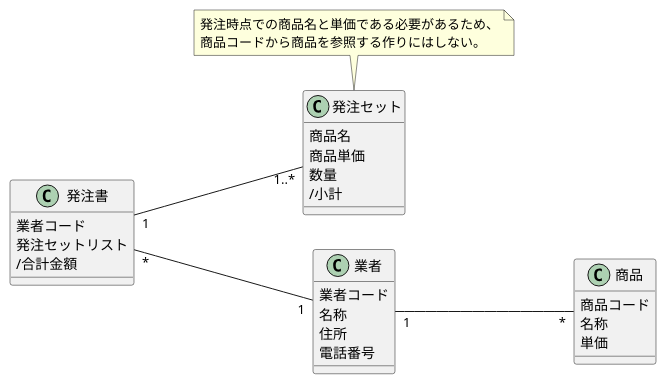
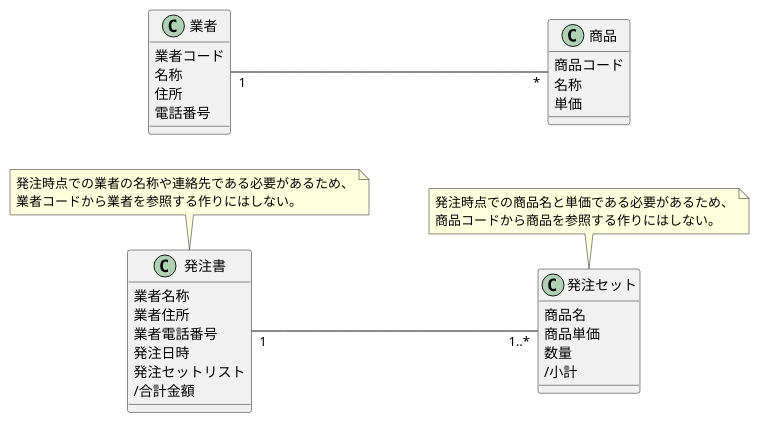
One commit to YanaPIIDXer/PurchaseOrderSystem changed the diagram in docs/Diagrams/Classes.puml. Above: the diagram before and after it, drawn with PlantUML. The commit also changed 1 other file, not shown here.

```diff
--- a/docs/Diagrams/Classes.puml
+++ b/docs/Diagrams/Classes.puml
@@ -1,37 +1,43 @@
 @startuml Classes
 left to right direction
 
 class 業者 {
     業者コード
     名称
     住所
     電話番号
 }
 
 class 商品 {
     商品コード
     名称
     単価
 }
 
 class 発注セット {
     商品名
     商品単価
     数量
     /小計
 }
 note top of 発注セット
     発注時点での商品名と単価である必要があるため、
     商品コードから商品を参照する作りにはしない。
 end note
 
 class 発注書 {
-    業者コード
+    業者名称
+    業者住所
+    業者電話番号
+    発注日時
     発注セットリスト
     /合計金額
 }
+note top of 発注書
+    発注時点での業者の名称や連絡先である必要があるため、
+    業者コードから業者を参照する作りにはしない。
+end note
 
 業者 "1" -- "*" 商品
 発注書 "1" -- "1..*" 発注セット
-発注書 "*" -- "1" 業者
 @end
```
